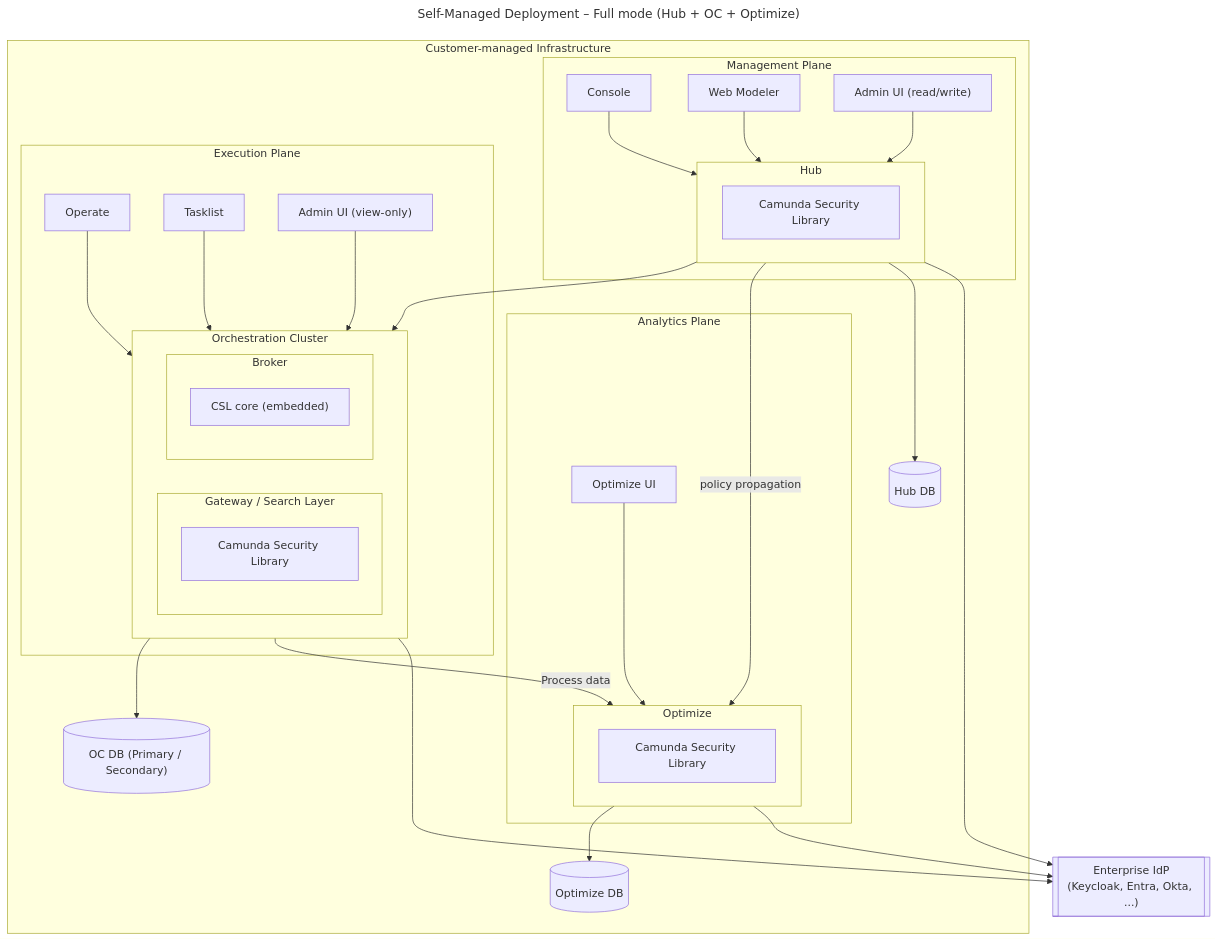
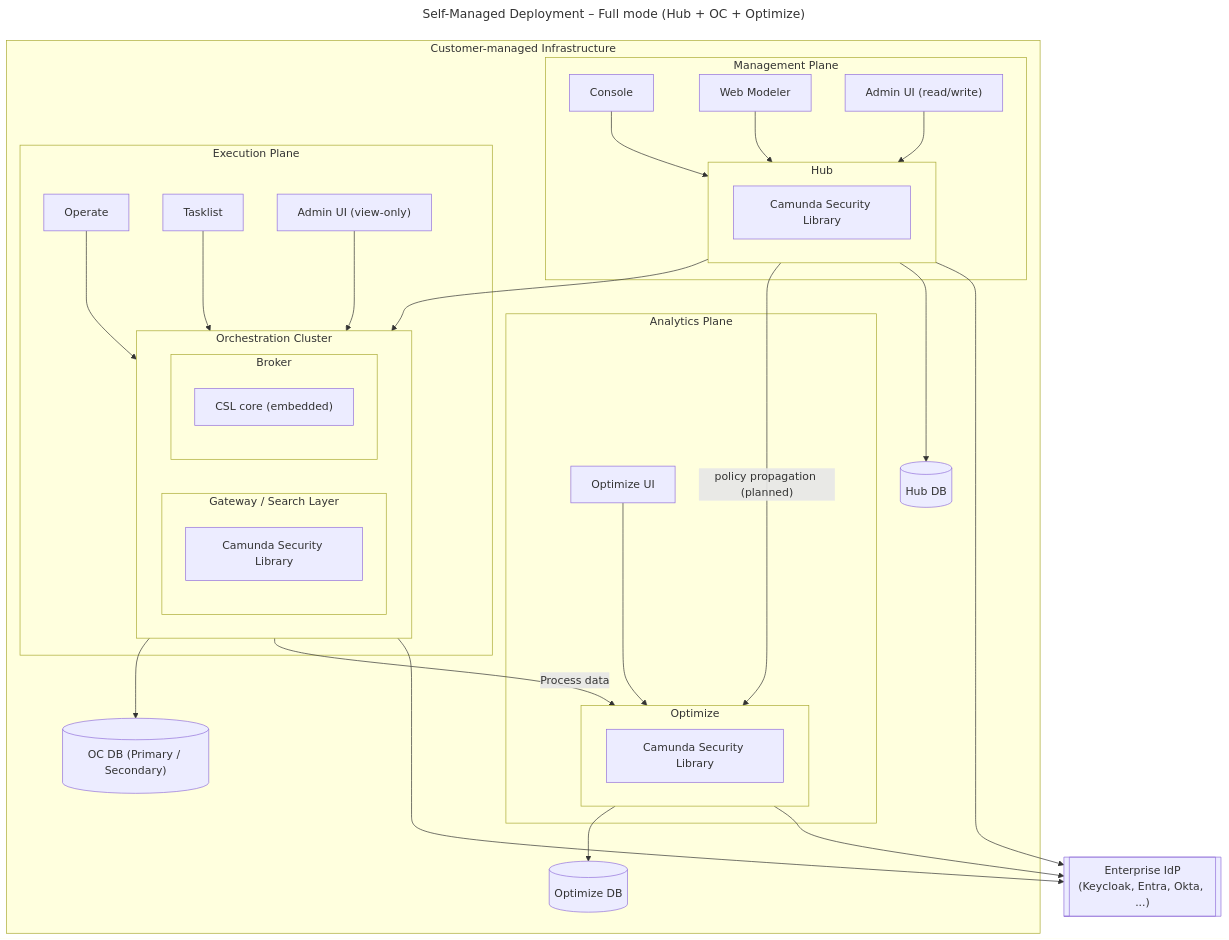
One commit to camunda/camunda-security-library changed the second of 4 diagrams in docs/architecture/07-deployment-view.md. Above: the diagram before and after it, drawn with Mermaid. The commit also changed other lines of this file and 12 other files, not shown here.

````diff
--- a/docs/architecture/07-deployment-view.md
+++ b/docs/architecture/07-deployment-view.md
@@ -61,61 +61,61 @@
 ```mermaid
 ---
 title: Self-Managed Deployment – Full mode (Hub + OC + Optimize)
 ---
 flowchart TB
   subgraph Customer["Customer-managed Infrastructure"]
     subgraph MgmtPlane["Management Plane"]
       Console["Console"]
       WebModeler["Web Modeler"]
       AdminHub["Admin UI (read/write)"]
 
       subgraph Hub["Hub"]
         SecGatHub["Camunda Security Library"]
       end
 
       Console & WebModeler & AdminHub --> Hub
     end
 
     subgraph Execution["Execution Plane"]
       Operate["Operate"]
       Tasklist["Tasklist"]
       AdminOC["Admin UI (view-only)"]
 
       subgraph OC["Orchestration Cluster"]
         subgraph GatewayLayer["Gateway / Search Layer"]
           SecGatOC["Camunda Security Library"]
         end
 
         subgraph Broker1["Broker"]
           SecEngFrame1["CSL core (embedded)"]
         end
       end
 
       Operate & Tasklist & AdminOC --> OC
     end
 
     subgraph Analytics["Analytics Plane"]
       OptimizeUI["Optimize UI"]
 
       subgraph OptimizeApp["Optimize"]
         SecGatOpt["Camunda Security Library"]
       end
 
       OptimizeUI --> OptimizeApp
     end
 
     HubDB[("Hub DB")]
     OCDB[("OC DB (Primary / Secondary)")]
     OptDB[("Optimize DB")]
 
     Hub --> OC
-    Hub -->|"policy propagation"| OptimizeApp
+    Hub -->|"policy propagation (planned)"| OptimizeApp
     Hub --> HubDB
     OC --> OCDB
     OptimizeApp --> OptDB
     OC -->|"Process data"| OptimizeApp
   end
 
   EnterpriseIdP[["Enterprise IdP</br>(Keycloak, Entra, Okta, ...)"]]
   Hub & OC & OptimizeApp --> EnterpriseIdP
 ```
````
